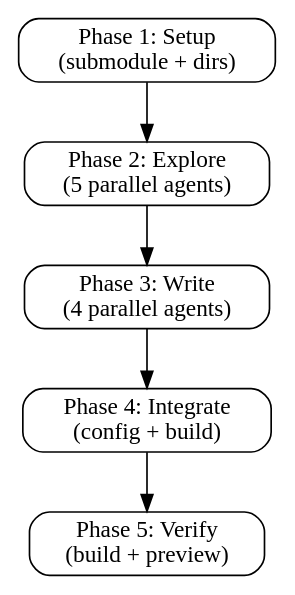
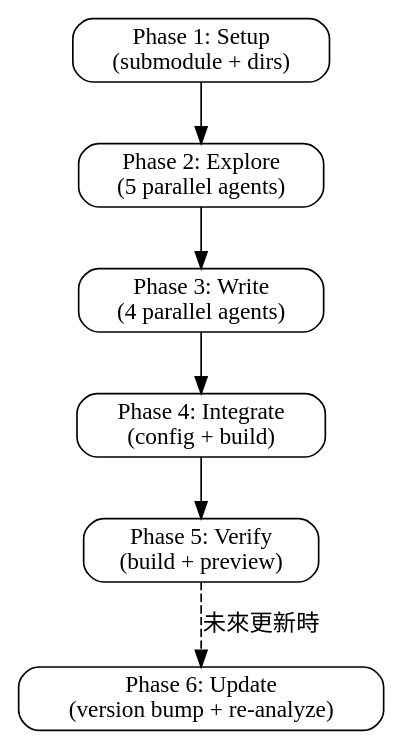
Before and after one commit to hwchiu/kubevirt-learning-site: the first of 3 diagrams in skills/analyzing-source-code/SKILL.md, drawn with Graphviz. The commit also changed other lines of this file and 8 other files, not shown here.

````diff
--- a/skills/analyzing-source-code/SKILL.md
+++ b/skills/analyzing-source-code/SKILL.md
@@ -28,14 +28,16 @@
 ```dot
 digraph workflow {
   rankdir=TB;
   node [shape=box, style=rounded];
 
   setup [label="Phase 1: Setup\n(submodule + dirs)"];
   explore [label="Phase 2: Explore\n(5 parallel agents)"];
   write [label="Phase 3: Write\n(4 parallel agents)"];
   integrate [label="Phase 4: Integrate\n(config + build)"];
   verify [label="Phase 5: Verify\n(build + preview)"];
+  update [label="Phase 6: Update\n(version bump + re-analyze)"];
 
   setup -> explore -> write -> integrate -> verify;
+  verify -> update [label="未來更新時", style=dashed];
 }
 ```
````
